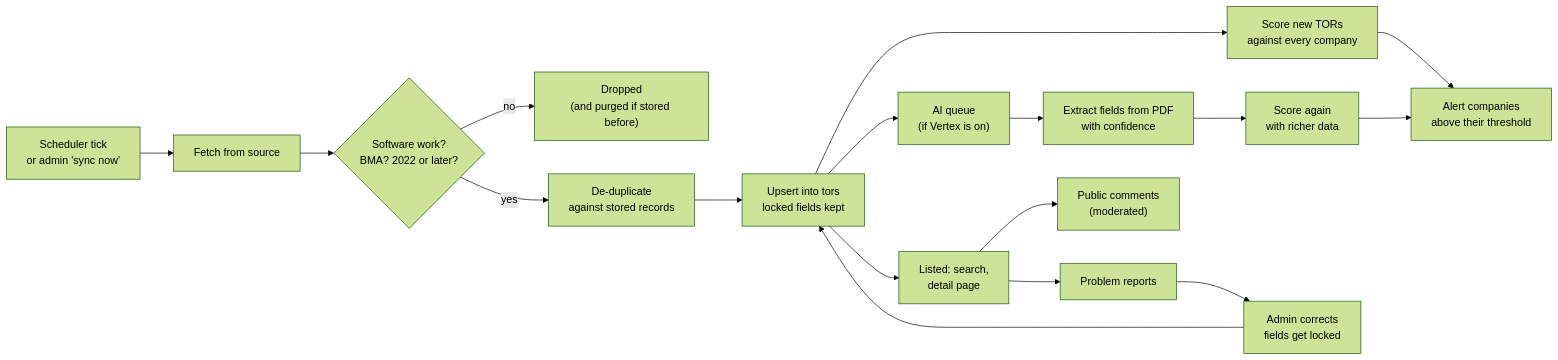
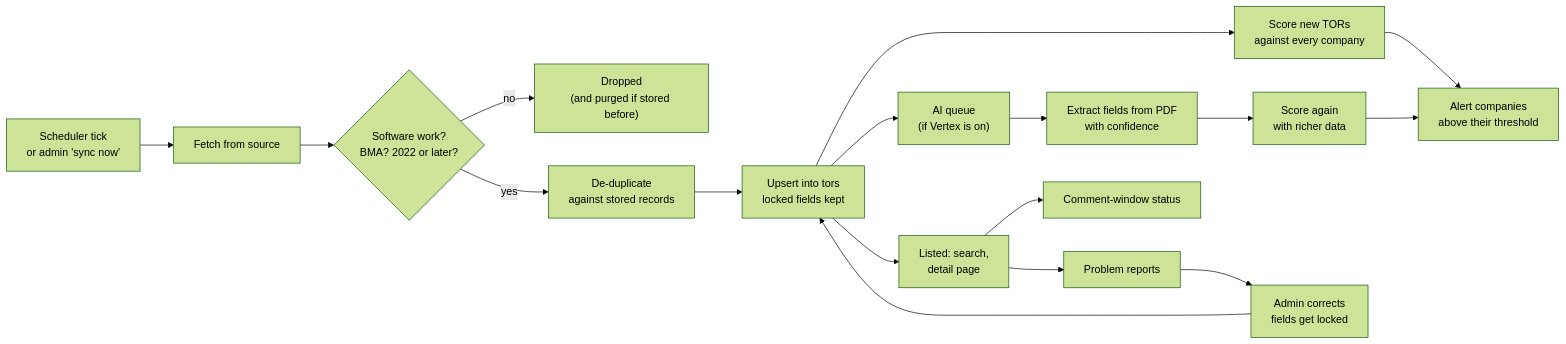
The second of 2 diagrams in docs/architecture.md (PhomMaiWai/TorFinder), drawn with Mermaid (forest theme) before and after one commit. The commit also changed other lines of this file and 47 other files, not shown here.

Commit message:
refactor: remove public comments and their moderation (FR-19, FR-23)

````diff
--- a/docs/architecture.md
+++ b/docs/architecture.md
@@ -117,17 +116,17 @@
 ```mermaid
 flowchart LR
     S["Scheduler tick<br/>or admin 'sync now'"] --> F["Fetch from source"]
     F --> W{"Software work?<br/>BMA? 2022 or later?"}
     W -- no --> X["Dropped<br/>(and purged if stored before)"]
     W -- yes --> D["De-duplicate<br/>against stored records"]
     D --> U["Upsert into tors<br/>locked fields kept"]
     U --> M1["Score new TORs<br/>against every company"]
     U --> Q["AI queue<br/>(if Vertex is on)"]
     Q --> E["Extract fields from PDF<br/>with confidence"]
     E --> M2["Score again<br/>with richer data"]
     M1 & M2 --> A["Alert companies<br/>above their threshold"]
     U --> V["Listed: search,<br/>detail page"]
-    V --> C["Public comments<br/>(moderated)"]
+    V --> C["Comment-window status"]
     V --> R["Problem reports"] --> K["Admin corrects<br/>fields get locked"]
     K --> U
 ```
````
